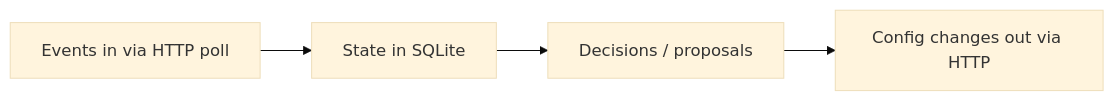
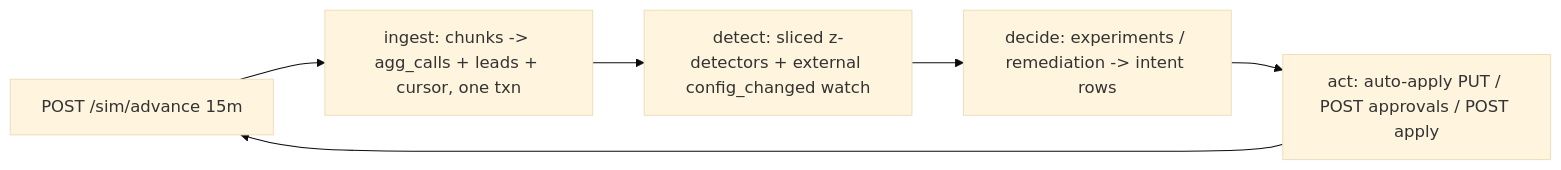
Before and after one commit to codebyanjaneya/Formi-Controller: the diagram in docs/flow.md, drawn with Mermaid (base theme). The commit also changed other lines of this file and 2 other files, not shown here.

Commit message:
docs: controller design — loop, store, governance, experiments, scope (D005-D008)

````diff
--- a/docs/flow.md
+++ b/docs/flow.md
@@ -7,6 +7,8 @@
 ```mermaid
 flowchart LR
-    A[Events in via HTTP poll] --> B[State in SQLite]
-    B --> C[Decisions / proposals]
-    C --> D[Config changes out via HTTP]
+    A[POST /sim/advance 15m] --> B[ingest: chunks -> agg_calls + leads + cursor, one txn]
+    B --> C[detect: sliced z-detectors + external config_changed watch]
+    C --> D[decide: experiments / remediation -> intent rows]
+    D --> E[act: auto-apply PUT / POST approvals / POST apply]
+    E --> A
 ```
````
